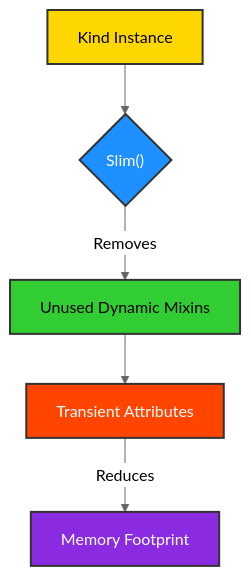
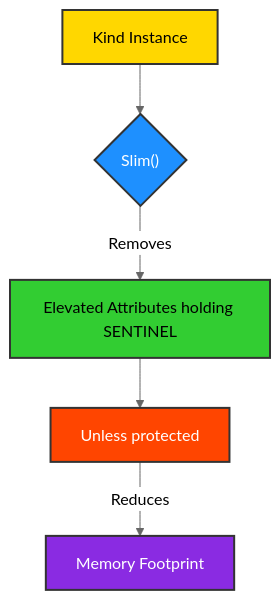
Before and after one commit to ikko/kind: the second of 5 diagrams in docs/topics/6_memory_aware_maturing/index.md, drawn with Mermaid (neutral theme). The commit also changed other lines of this file and 62 other files, not shown here.

````diff
--- a/docs/topics/6_memory_aware_maturing/index.md
+++ b/docs/topics/6_memory_aware_maturing/index.md
@@ -27,13 +27,13 @@
     ```mermaid
     graph TD
         A[Kind Instance] --> B{Slim#40;#41;};
-        B -- "Removes" --> C[Unused Dynamic Mixins];
-        C --> D[Transient Attributes];
+        B -- "Removes" --> C[Elevated Attributes holding SENTINEL];
+        C --> D[Unless protected];
         D -- "Reduces" --> E[Memory Footprint];
 
       style A fill:#FFD700,stroke:#333,stroke-width:2px,color:#000000;
       style B fill:#1E90FF,stroke:#333,stroke-width:2px,color:#FFFFFF;
       style C fill:#32CD32,stroke:#333,stroke-width:2px,color:#000000;
       style D fill:#FF4500,stroke:#333,stroke-width:2px,color:#FFFFFF;
       style E fill:#8A2BE2,stroke:#333,stroke-width:2px,color:#FFFFFF;
     ```
````
